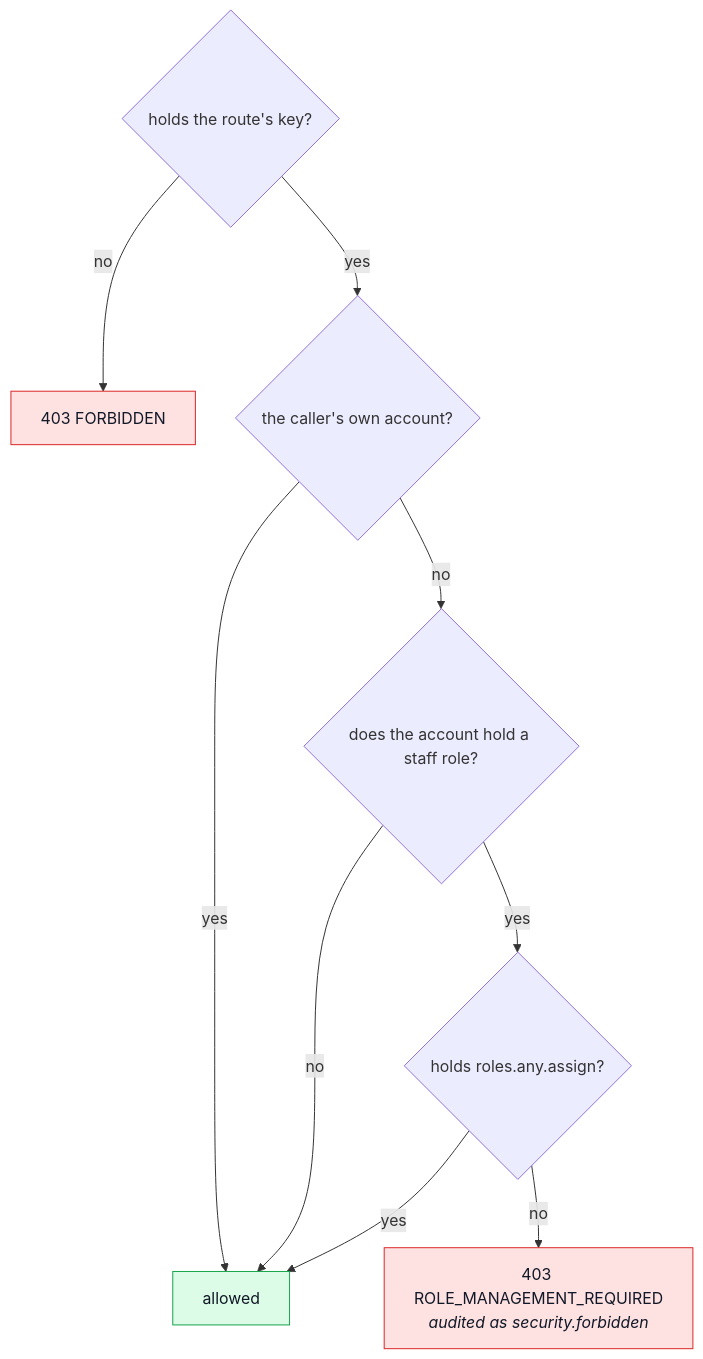
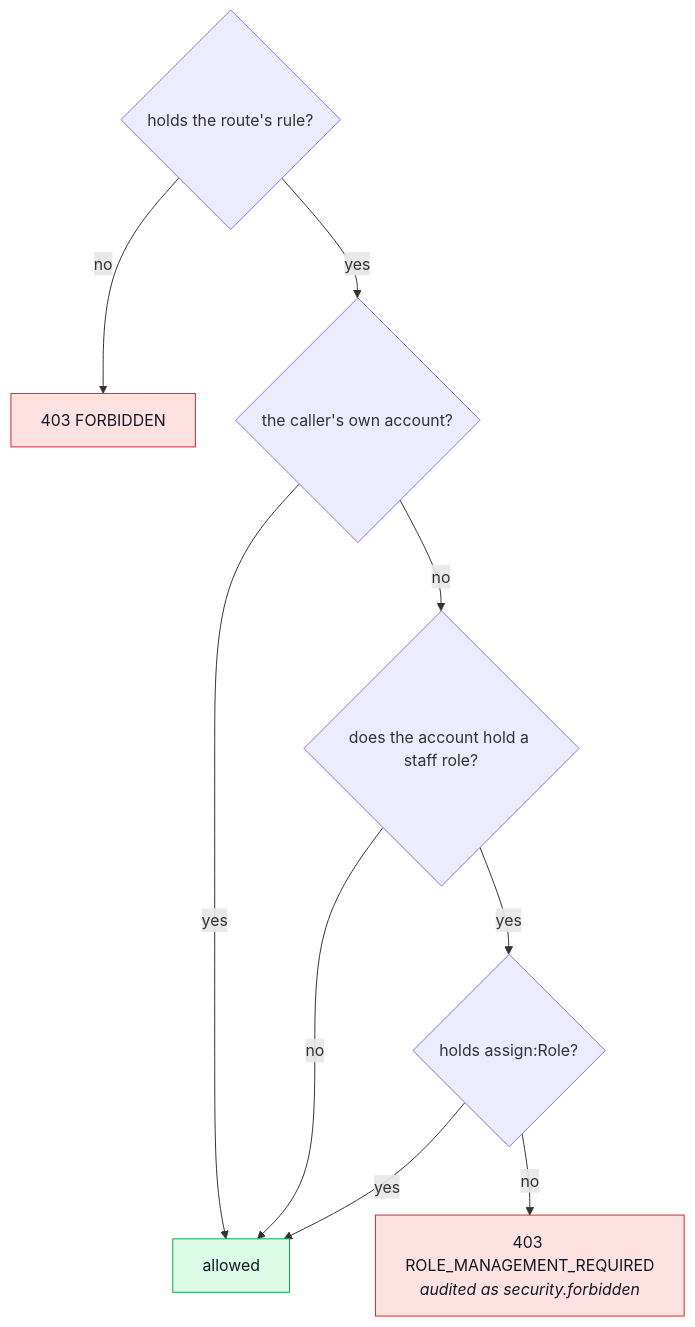
Before and after one commit to Guebbit/boilerplate-node-backend: the third of 3 diagrams in docs/theory/authorization.md, drawn with Mermaid. The commit also changed other lines of this file and 231 other files, not shown here.

````diff
--- a/docs/theory/authorization.md
+++ b/docs/theory/authorization.md
@@ -196,20 +212,20 @@
 ```mermaid
 %%{init: {'flowchart': {'nodeSpacing': 40, 'rankSpacing': 45}}}%%
 flowchart TD
     accTitle: How a write on an account is decided
-    accDescr: The route first requires its key. A write on the caller's own account is allowed. Otherwise an account that holds no staff role may be changed, and one that does needs the role-management key, else the answer is ROLE_MANAGEMENT_REQUIRED.
+    accDescr: The route first requires its rule. A write on the caller's own account is allowed. Otherwise an account that holds no staff role may be changed, and one that does needs the role-management rule, else the answer is ROLE_MANAGEMENT_REQUIRED.
 
-    K{"holds the route's key?"} -- no --> F403["403 FORBIDDEN"]
+    K{"holds the route's rule?"} -- no --> F403["403 FORBIDDEN"]
     K -- yes --> O{"the caller's own account?"}
     O -- yes --> OK["allowed"]
     O -- no --> H{"does the account hold a staff role?"}
     H -- no --> OK
-    H -- yes --> R{"holds roles.any.assign?"}
+    H -- yes --> R{"holds assign:Role?"}
     R -- yes --> OK
     R -- no --> OUT["403 ROLE_MANAGEMENT_REQUIRED<br/><i>audited as security.forbidden</i>"]
 
     classDef good fill:#dcfce7,stroke:#16a34a,color:#111827;
     classDef bad fill:#fee2e2,stroke:#dc2626,color:#111827;
     class OK good;
     class F403,OUT bad;
 ```
````
